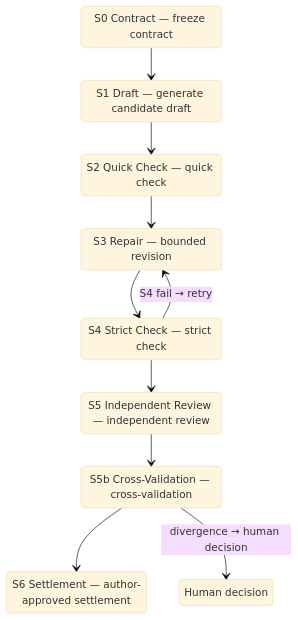
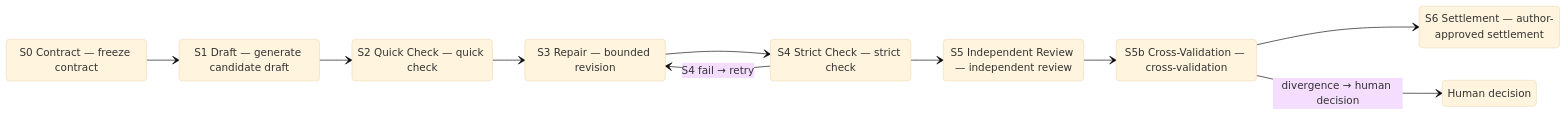
The diagram in src/content/projects/2026/08/canonloom/en.md (Liyuk/liyuk.github.io), drawn with Mermaid (base theme) before and after one commit. The commit also changed 83 other files, not shown here.

````diff
--- a/src/content/projects/2026/08/canonloom/en.md
+++ b/src/content/projects/2026/08/canonloom/en.md
@@ -64,22 +64,23 @@
 ```mermaid
 stateDiagram-v2
+    direction LR
     state "S0 Contract — freeze contract" as S0
     state "S1 Draft — generate candidate draft" as S1
     state "S2 Quick Check — quick check" as S2
     state "S3 Repair — bounded revision" as S3
     state "S4 Strict Check — strict check" as S4
     state "S5 Independent Review — independent review" as S5
     state "S5b Cross-Validation — cross-validation" as S5b
     state "S6 Settlement — author-approved settlement" as S6
     state "Human decision" as H
 
     S0 --> S1
     S1 --> S2
     S2 --> S3
     S3 --> S4
     S4 --> S3 : S4 fail → retry
     S4 --> S5
     S5 --> S5b
     S5b --> S6
     S5b --> H : divergence → human decision
 ```
````
